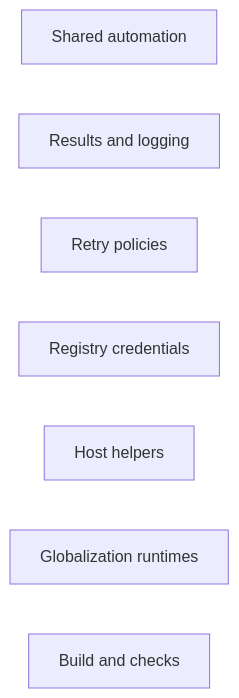
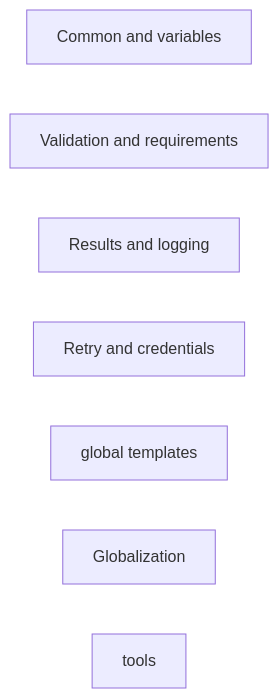
One commit to alissonsol/yuruna changed the sixth of 7 diagrams in docs/design/02-component-breakdown.md. Above: the diagram before and after it, drawn with Mermaid. The commit also changed other lines of this file and 1383 other files, not shown here.

````diff
--- a/docs/design/02-component-breakdown.md
+++ b/docs/design/02-component-breakdown.md
@@ -204,10 +192,10 @@
 ```mermaid
 flowchart LR
-    yuruna-common["Shared automation"]
-    yuruna-result["Results and logging"]
-    yuruna-retry["Retry policies"]
-    yuruna-credential-provider["Registry credentials"]
-    host-modules["Host helpers"]
-    globalization["Globalization runtimes"]
-    tools["Build and checks"]
+    yuruna-common-psm1["Common and variables"]
+    yuruna-validation-psm1["Validation and requirements"]
+    yuruna-result-psm1["Results and logging"]
+    yuruna-retry-psm1["Retry and credentials"]
+    global["global templates"]
+    globalization["Globalization"]
+    tools["tools"]
 ```
````
